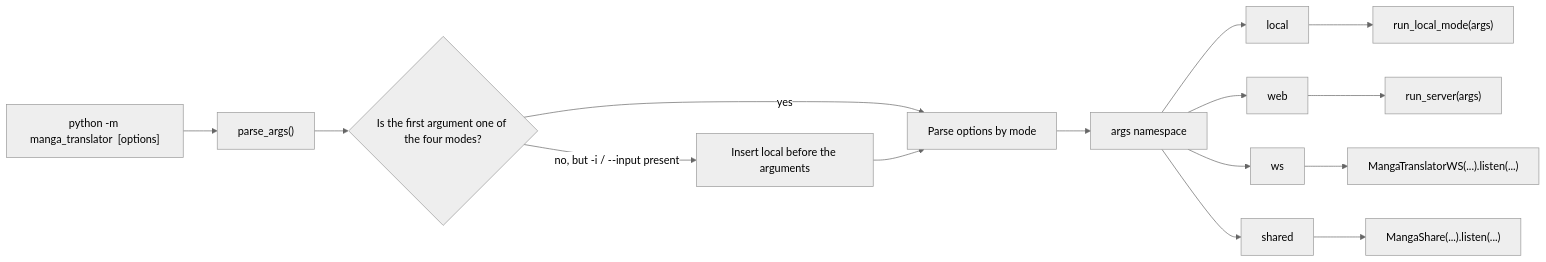
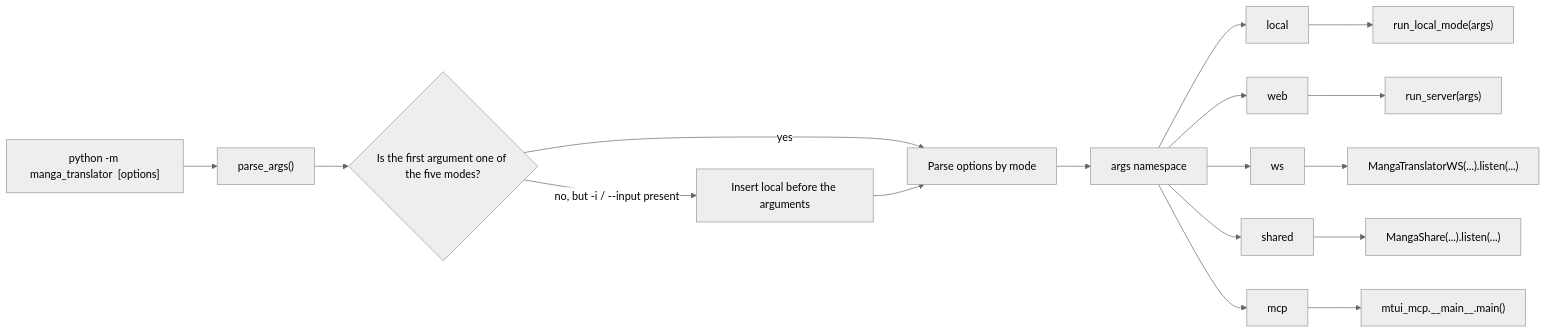
One commit to hgmzhn/manga-translator-ui changed the first of 2 diagrams in doc/wiki/en/cli/command-structure.md. Above: the diagram before and after it, drawn with Mermaid (neutral theme). The commit also changed other lines of this file and 80 other files, not shown here.

First line of the commit message:
feat(mcp): integrate MTUI-MCP server with desktop auto-start and live GUI bridge

````diff
--- a/doc/wiki/en/cli/command-structure.md
+++ b/doc/wiki/en/cli/command-structure.md
@@ -62,17 +64,19 @@
 ```mermaid
 flowchart LR
     A["python -m manga_translator <mode> [options]"] --> B["parse_args()"]
-    B --> C{"Is the first argument one of the four modes?"}
+    B --> C{"Is the first argument one of the five modes?"}
     C -->|"yes"| D["Parse options by mode"]
     C -->|"no, but -i / --input present"| E["Insert local before the arguments"]
     E --> D
     D --> F["args namespace"]
     F --> G["local"]
     F --> H["web"]
     F --> I["ws"]
     F --> J["shared"]
+    F --> K["mcp"]
     G --> G1["run_local_mode(args)"]
     H --> H1["run_server(args)"]
     I --> I1["MangaTranslatorWS(...).listen(...)"]
     J --> J1["MangaShare(...).listen(...)"]
+    K --> K1["mtui_mcp.__main__.main()"]
 ```
````
